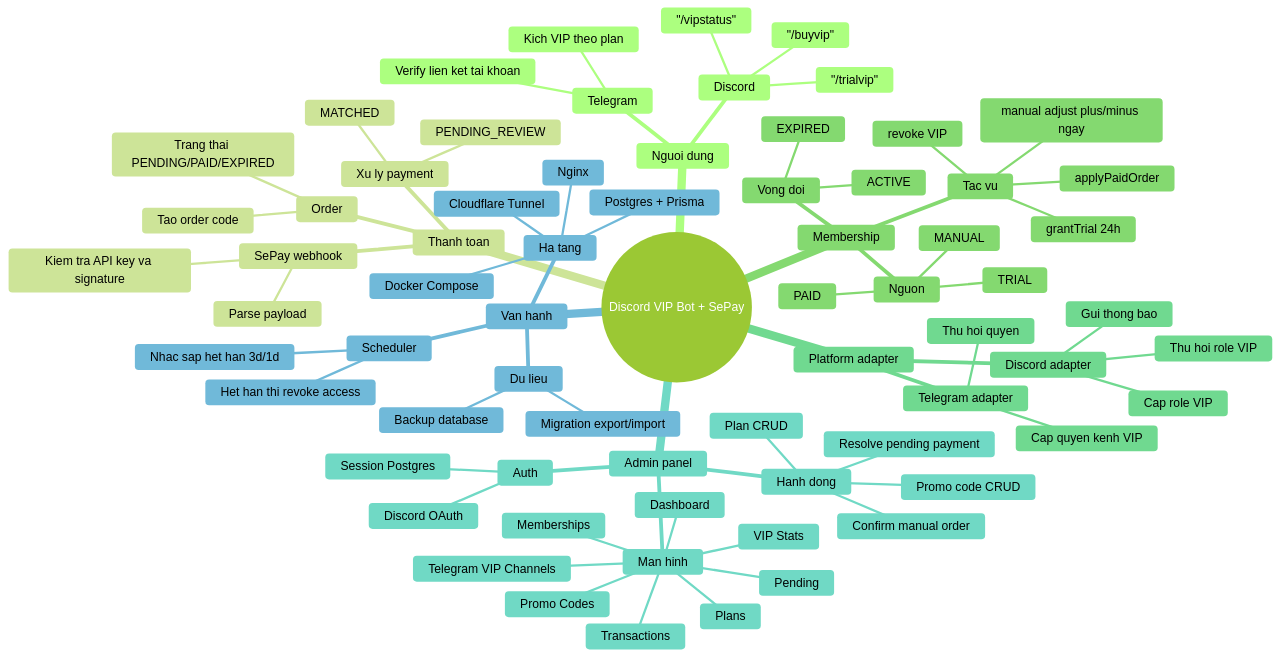
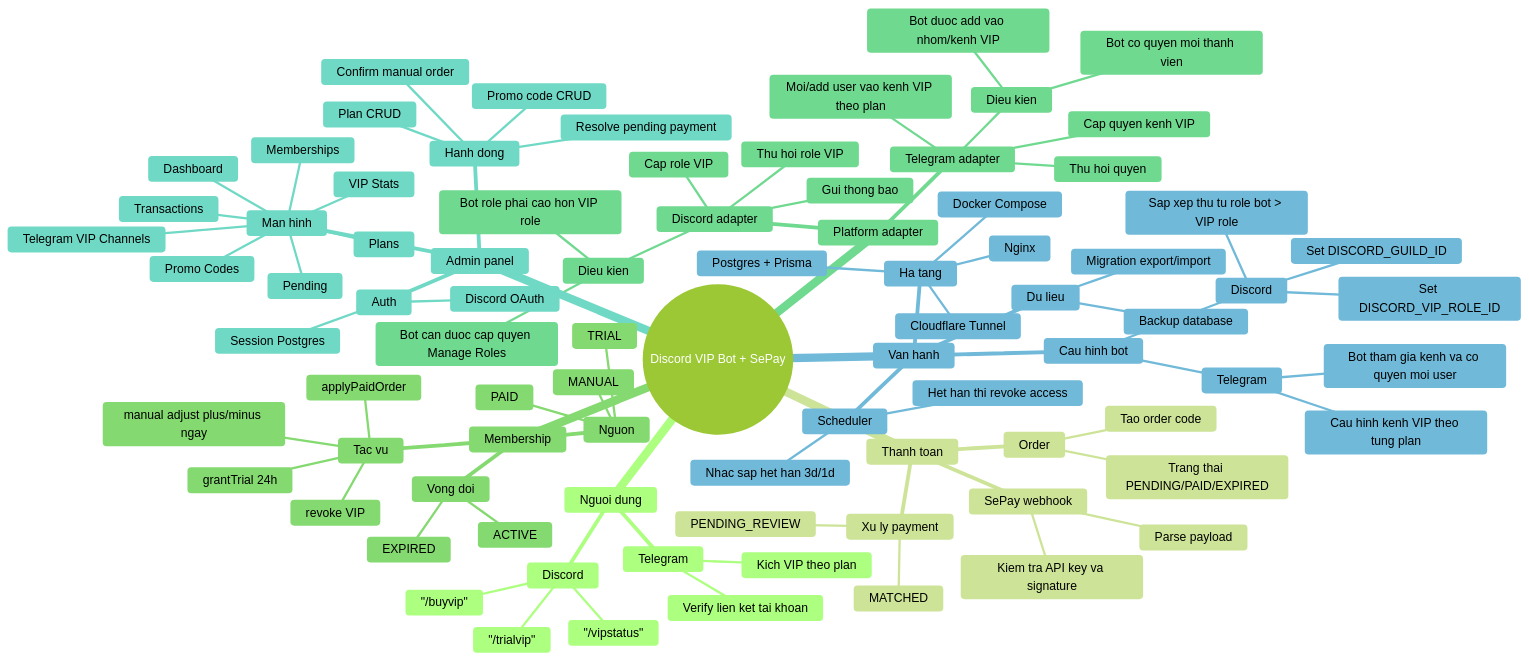
Before and after one commit to eddyvn98/discordvip: the diagram in docs/mind-map.md, drawn with Mermaid (forest theme). The commit also changed 1 other file, not shown here.

Commit message:
docs: add discord bot role setup and telegram invite flow to diagrams

```diff
--- a/docs/mind-map.md
+++ b/docs/mind-map.md
@@ -39,9 +39,16 @@
         Cap role VIP
         Thu hoi role VIP
         Gui thong bao
+        Dieu kien
+          Bot role phai cao hon VIP role
+          Bot can duoc cap quyen Manage Roles
       Telegram adapter
         Cap quyen kenh VIP
         Thu hoi quyen
+        Moi/add user vao kenh VIP theo plan
+        Dieu kien
+          Bot duoc add vao nhom/kenh VIP
+          Bot co quyen moi thanh vien
     Admin panel
       Auth
         Discord OAuth
@@ -61,6 +68,14 @@
         Plan CRUD
         Promo code CRUD
     Van hanh
+      Cau hinh bot
+        Discord
+          Set DISCORD_GUILD_ID
+          Set DISCORD_VIP_ROLE_ID
+          Sap xep thu tu role bot > VIP role
+        Telegram
+          Cau hinh kenh VIP theo tung plan
+          Bot tham gia kenh va co quyen moi user
       Scheduler
         Nhac sap het han 3d/1d
         Het han thi revoke access
```
